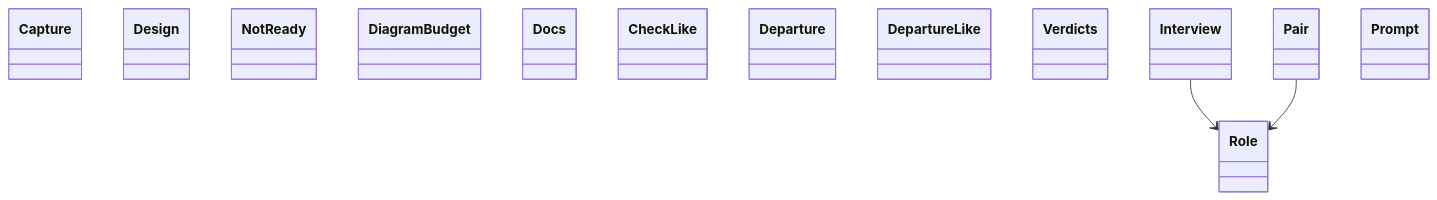
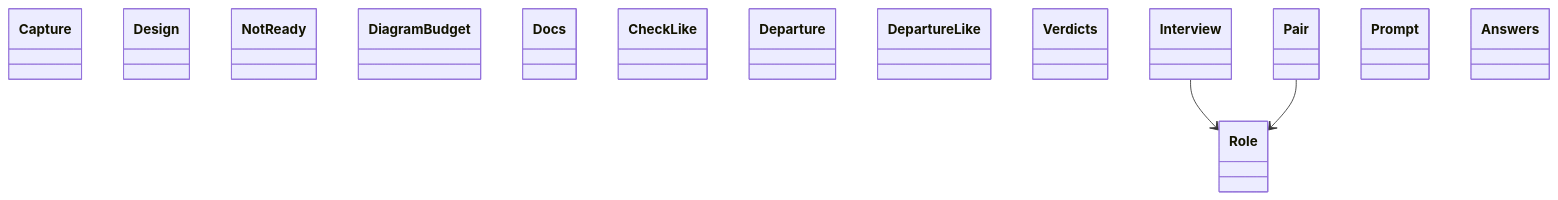
Before and after one commit to GonzaloZevallos/agentic-system: the diagram in docs/architecture/generated/classes-process-domain-roles-1.md, drawn with Mermaid. The commit also changed other lines of this file and 20 other files, not shown here.

Commit message:
Regenerate the architecture docs after merging master

````diff
--- a/docs/architecture/generated/classes-process-domain-roles-1.md
+++ b/docs/architecture/generated/classes-process-domain-roles-1.md
@@ -30,18 +30,19 @@
 ```mermaid
 classDiagram
     class design__Capture["Capture"]
     class design__Design["Design"]
     class design__NotReady["NotReady"]
     class docs__DiagramBudget["DiagramBudget"]
     class docs__Docs["Docs"]
     class drawing__CheckLike["CheckLike"]
     class drawing__Departure["Departure"]
     class drawing__DepartureLike["DepartureLike"]
     class drawing__Verdicts["Verdicts"]
     class roles__Interview["Interview"]
     class roles__Pair["Pair"]
     class roles__Prompt["Prompt"]
     class roles__Role["Role"]
+    class schemas__Answers["Answers"]
     roles__Interview --> roles__Role
     roles__Pair --> roles__Role
 ```
````
